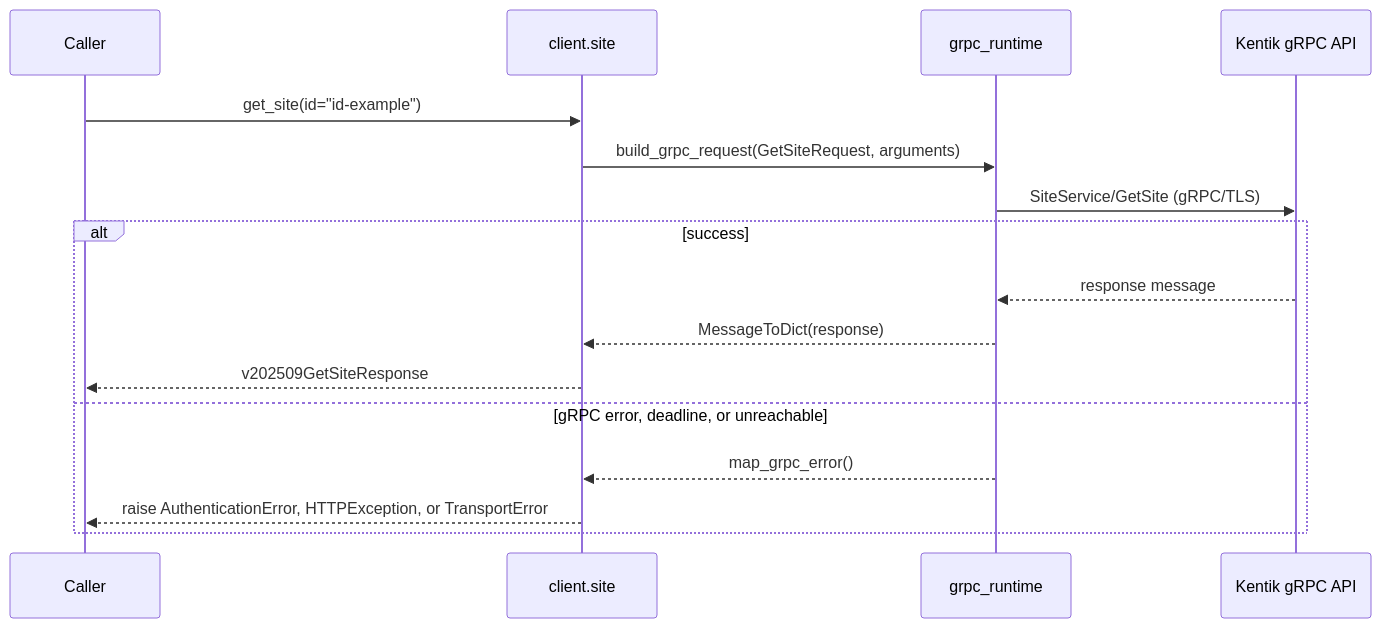
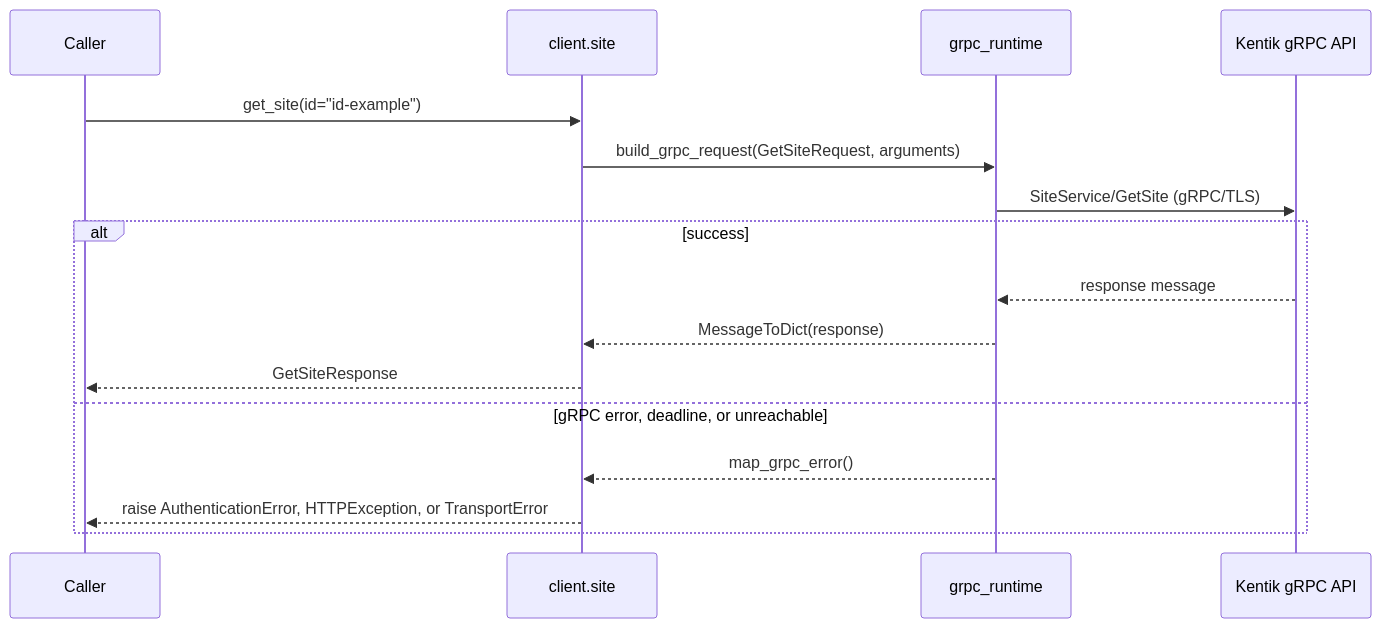
Before and after one commit to alexdearaujo/community_sdk_python: diagram 17 of 22 in docs/sphinx/services/site.md, drawn with Mermaid. The commit also changed other lines of this file and 38 other files, not shown here.

````diff
--- a/docs/sphinx/services/site.md
+++ b/docs/sphinx/services/site.md
@@ -577,19 +577,19 @@
 ```mermaid
 sequenceDiagram
     participant C as Caller
     participant W as client.site
     participant R as grpc_runtime
     participant API as Kentik gRPC API
 
     C->>W: get_site(id="id-example")
     W->>R: build_grpc_request(GetSiteRequest, arguments)
     R->>API: SiteService/GetSite (gRPC/TLS)
     alt success
         API-->>R: response message
         R-->>W: MessageToDict(response)
-        W-->>C: v202509GetSiteResponse
+        W-->>C: GetSiteResponse
     else gRPC error, deadline, or unreachable
         R-->>W: map_grpc_error()
         W-->>C: raise AuthenticationError, HTTPException, or TransportError
     end
 ```
````
